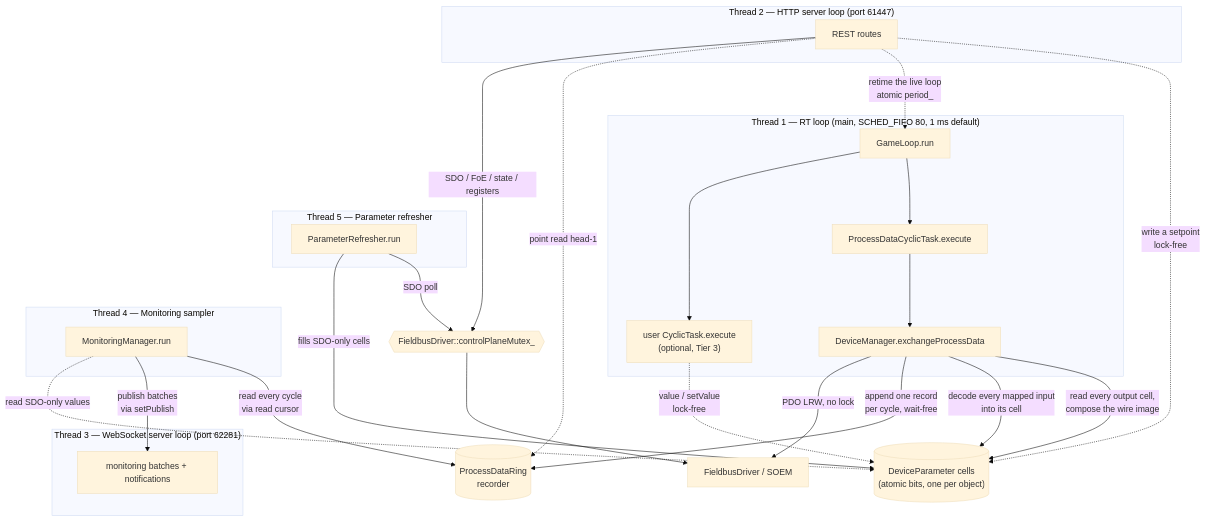
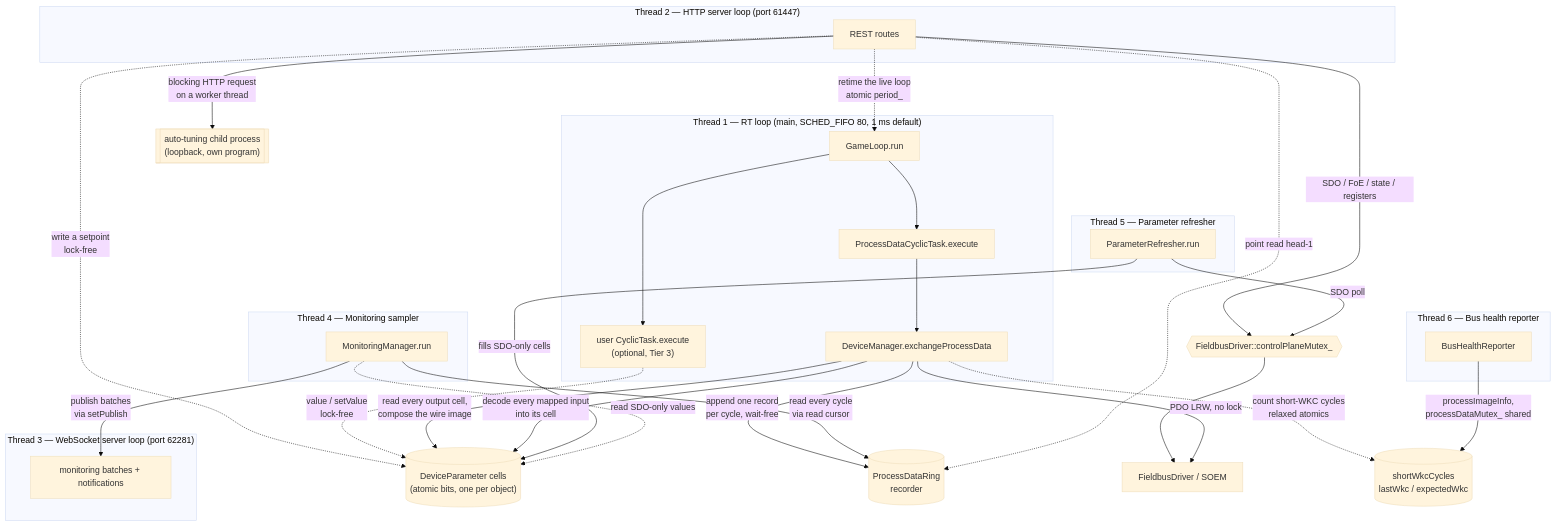
One commit to synapticon/motion-master changed the diagram in docs/THREADS.md. Above: the diagram before and after it, drawn with Mermaid (base theme). The commit also changed other lines of this file and 5 other files, not shown here.

````diff
--- a/docs/THREADS.md
+++ b/docs/THREADS.md
@@ -39,36 +52,42 @@
 ```mermaid
 flowchart TB
     subgraph RT["Thread 1 — RT loop (main, SCHED_FIFO 80, 1 ms default)"]
         GL[GameLoop.run] --> PDT[ProcessDataCyclicTask.execute]
         PDT --> EPD[DeviceManager.exchangeProcessData]
         GL --> UT["user CyclicTask.execute<br/>(optional, Tier 3)"]
     end
     subgraph HSRV["Thread 2 — HTTP server loop (port 61447)"]
         HTTP[REST routes]
     end
     subgraph WSRV["Thread 3 — WebSocket server loop (port 62281)"]
         WS[monitoring batches + notifications]
     end
     subgraph SAMP["Thread 4 — Monitoring sampler"]
         MS[MonitoringManager.run]
     end
     subgraph REF["Thread 5 — Parameter refresher"]
         PR[ParameterRefresher.run]
     end
+    subgraph BHR["Thread 6 — Bus health reporter"]
+        BH[BusHealthReporter]
+    end
 
     HTTP -.->|write a setpoint<br/>lock-free| CELLS[("DeviceParameter cells<br/>(atomic bits, one per object)")]
     HTTP -.->|retime the live loop<br/>atomic period_| GL
     UT -.->|value / setValue<br/>lock-free| CELLS
     EPD -->|read every output cell,<br/>compose the wire image| CELLS
     EPD -->|decode every mapped input<br/>into its cell| CELLS
     EPD -->|append one record<br/>per cycle, wait-free| RING[(ProcessDataRing<br/>recorder)]
     MS -->|read every cycle<br/>via read cursor| RING
     HTTP -.->|point read head-1| RING
     HTTP -->|SDO / FoE / state / registers| SM{{FieldbusDriver::controlPlaneMutex_}}
     PR -->|SDO poll| SM
     SM --> DRV[FieldbusDriver / SOEM]
     EPD -->|PDO LRW, no lock| DRV
     MS -->|publish batches<br/>via setPublish| WS
     PR -->|fills SDO-only cells| CELLS
     MS -.->|read SDO-only values| CELLS
+    EPD -.->|count short-WKC cycles<br/>relaxed atomics| WKC[("shortWkcCycles<br/>lastWkc / expectedWkc")]
+    BH -->|processImageInfo,<br/>processDataMutex_ shared| WKC
+    HTTP -->|blocking HTTP request<br/>on a worker thread| AT[["auto-tuning child process<br/>(loopback, own program)"]]
 ```
````
